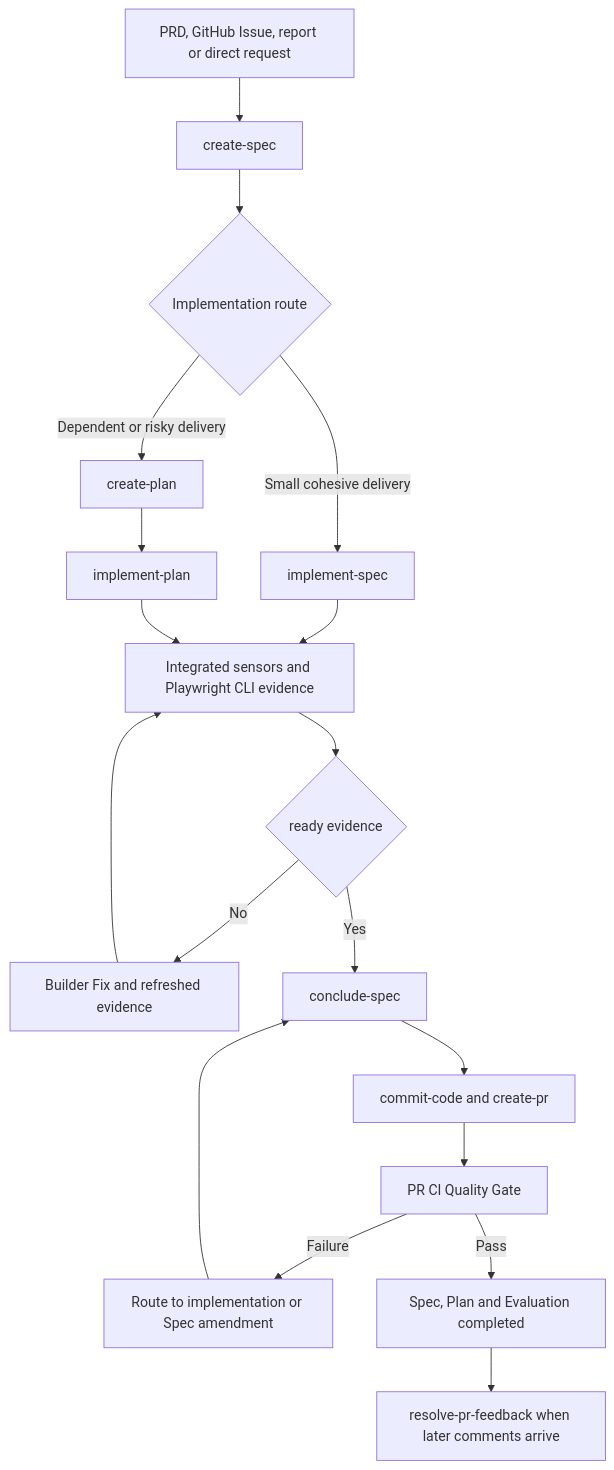
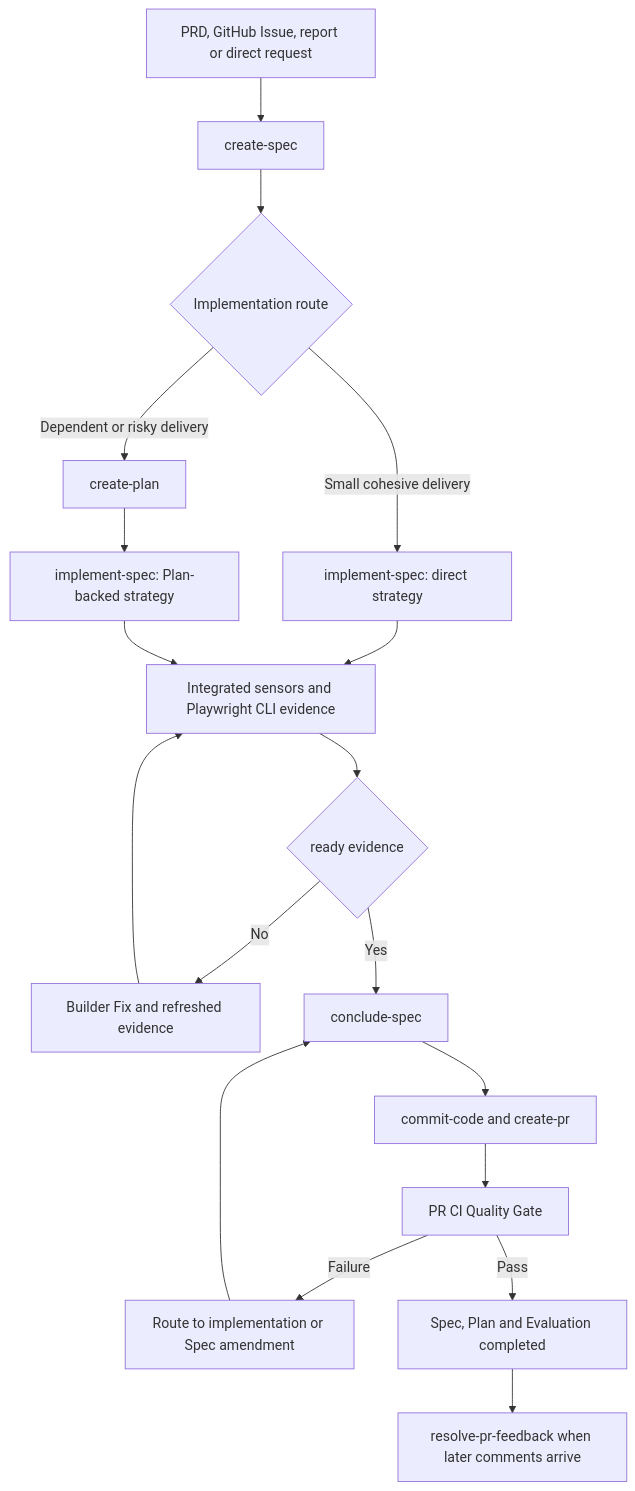
Before and after one commit to rafinel/scoops: the diagram in documentation/sdd.md, drawn with Mermaid. The commit also changed other lines of this file and 14 other files, not shown here.

````diff
--- a/documentation/sdd.md
+++ b/documentation/sdd.md
@@ -109,20 +109,20 @@
 ```mermaid
 flowchart TD
     A["PRD, GitHub Issue, report or direct request"] --> B["create-spec"]
     B --> C{"Implementation route"}
-    C -->|Small cohesive delivery| D["implement-spec"]
+    C -->|Small cohesive delivery| D["implement-spec: direct strategy"]
     C -->|Dependent or risky delivery| E["create-plan"]
-    E --> F["implement-plan"]
+    E --> F["implement-spec: Plan-backed strategy"]
     D --> G["Integrated sensors and Playwright CLI evidence"]
     F --> G
     G --> H{"ready evidence"}
     H -->|No| I["Builder Fix and refreshed evidence"]
     I --> G
     H -->|Yes| J["conclude-spec"]
     J --> K["commit-code and create-pr"]
     K --> L["PR CI Quality Gate"]
     L -->|Failure| M["Route to implementation or Spec amendment"]
     M --> J
     L -->|Pass| N["Spec, Plan and Evaluation completed"]
     N --> O["resolve-pr-feedback when later comments arrive"]
 ```
````
